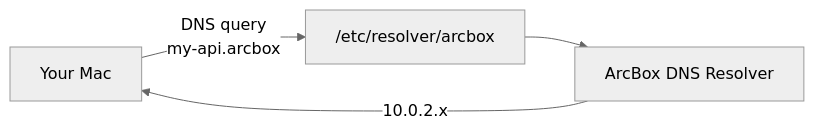
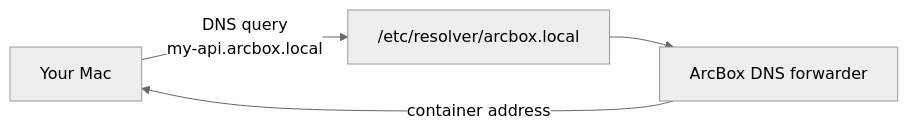
One commit to arcboxlabs/websites changed the diagram in content/docs/desktop/domains.mdx. Above: the diagram before and after it, drawn with Mermaid (neutral theme). The commit also changed other lines of this file and 39 other files, not shown here.

````diff
--- a/content/docs/desktop/domains.mdx
+++ b/content/docs/desktop/domains.mdx
@@ -26,6 +27,6 @@
 ```mermaid
 graph LR
-    A["Your Mac"] -- "DNS query<br/>my-api.arcbox" --> B["/etc/resolver/arcbox"]
-    B --> C["ArcBox DNS Resolver"]
-    C -- "10.0.2.x" --> A
+    A["Your Mac"] -- "DNS query<br/>my-api.arcbox.local" --> B["/etc/resolver/arcbox.local"]
+    B --> C["ArcBox DNS forwarder"]
+    C -- "container address" --> A
 ```
````
